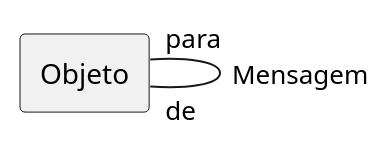
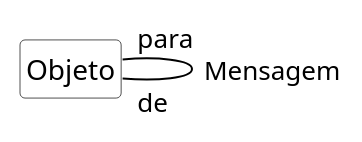
Before and after one commit to kyriosdata/oo: the diagram in imagens/modelos-07/mod07ima25/mod07ima25.plantuml, drawn with PlantUML. The commit also changed 10 other files, not shown here.

```diff
--- a/imagens/modelos-07/mod07ima25/mod07ima25.plantuml
+++ b/imagens/modelos-07/mod07ima25/mod07ima25.plantuml
@@ -1,4 +1,14 @@
 @startuml mod07ima25
-rectangle "Objeto" as ob
+hide circle
+hide methods
+hide empty members
+
+skinparam class {
+    BackgroundColor White
+    ArrowColor Black
+    BorderColor #505050
+}
+
+class "Objeto" as ob
 ob "para"-- "de" ob : Mensagem
 @enduml
```
